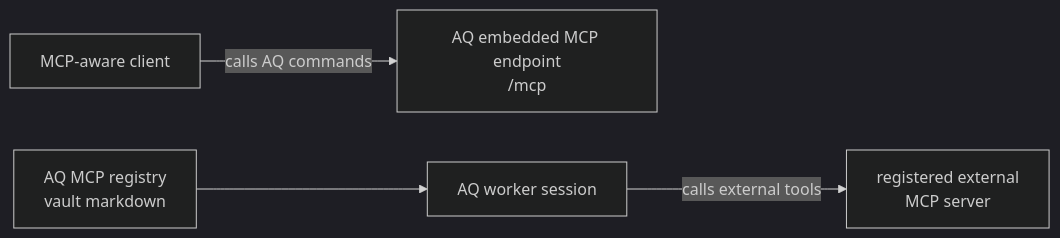
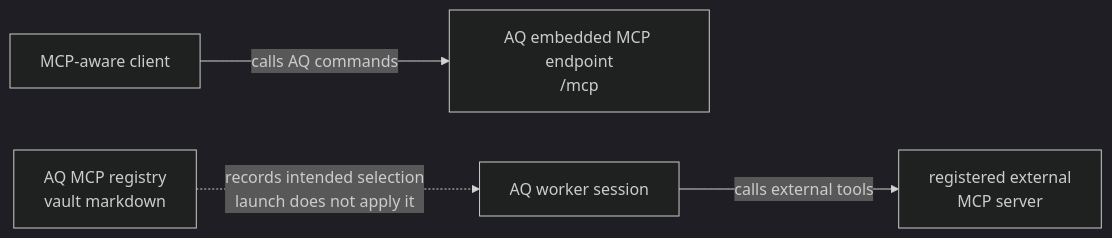
One commit to ElectricJack/agent-queue changed the diagram in docs/guides/plugins-and-mcp.md. Above: the diagram before and after it, drawn with Mermaid (dark theme). The commit also changed other lines of this file and 10 other files, not shown here.

````diff
--- a/docs/guides/plugins-and-mcp.md
+++ b/docs/guides/plugins-and-mcp.md
@@ -39,6 +39,6 @@
 ```mermaid
 flowchart LR
   C["MCP-aware client"] -->|"calls AQ commands"| A["AQ embedded MCP endpoint\n/mcp"]
   W["AQ worker session"] -->|"calls external tools"| E["registered external\nMCP server"]
-  R["AQ MCP registry\nvault markdown"] --> W
+  R["AQ MCP registry\nvault markdown"] -.->|"records intended selection\nlaunch does not apply it"| W
 ```
````
